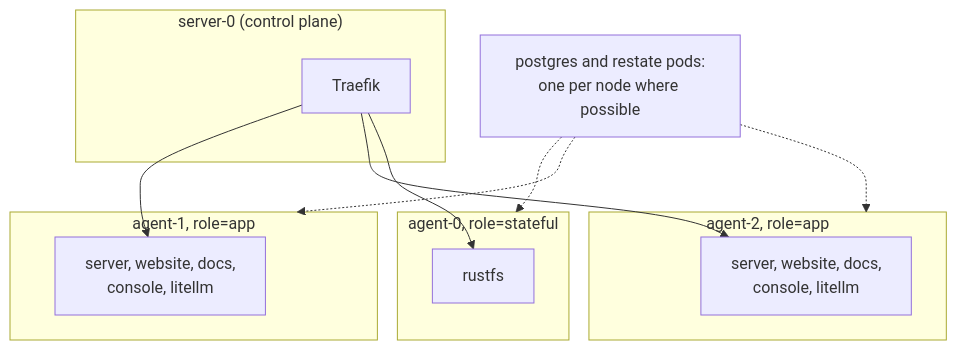
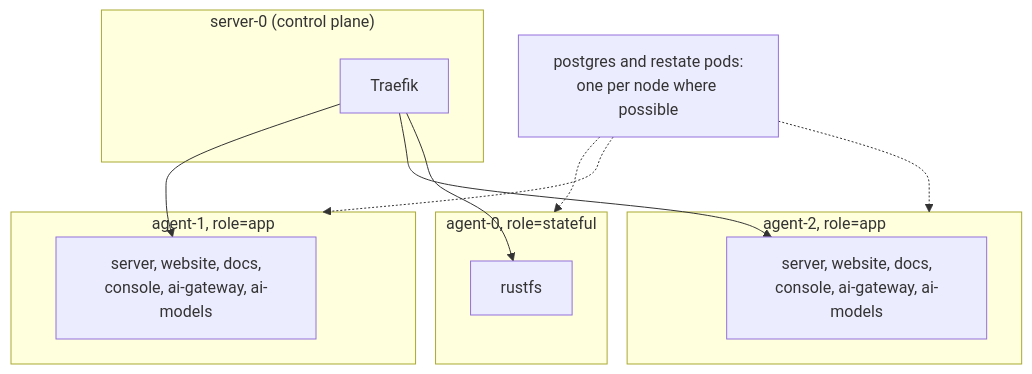
One commit to shopnexus/docs changed the first of 2 diagrams in web/src/content/docs/en/operations/cluster/index.mdx. Above: the diagram before and after it, drawn with Mermaid. The commit also changed other lines of this file and 17 other files, not shown here.

````diff
--- a/web/src/content/docs/en/operations/cluster/index.mdx
+++ b/web/src/content/docs/en/operations/cluster/index.mdx
@@ -27,21 +27,21 @@
 ```mermaid title="Where pods prefer to run"
 flowchart TB
   subgraph s0["server-0 (control plane)"]
     traefik[Traefik]
   end
   subgraph a0["agent-0, role=stateful"]
     rustfs[rustfs]
   end
   subgraph a1["agent-1, role=app"]
-    app1["server, website, docs,<br/>console, litellm"]
+    app1["server, website, docs,<br/>console, ai-gateway, ai-models"]
   end
   subgraph a2["agent-2, role=app"]
-    app2["server, website, docs,<br/>console, litellm"]
+    app2["server, website, docs,<br/>console, ai-gateway, ai-models"]
   end
   spread["postgres and restate pods:<br/>one per node where possible"] -.-> a0
   spread -.-> a1
   spread -.-> a2
   traefik --> app1
   traefik --> app2
   traefik --> rustfs
 ```
````
